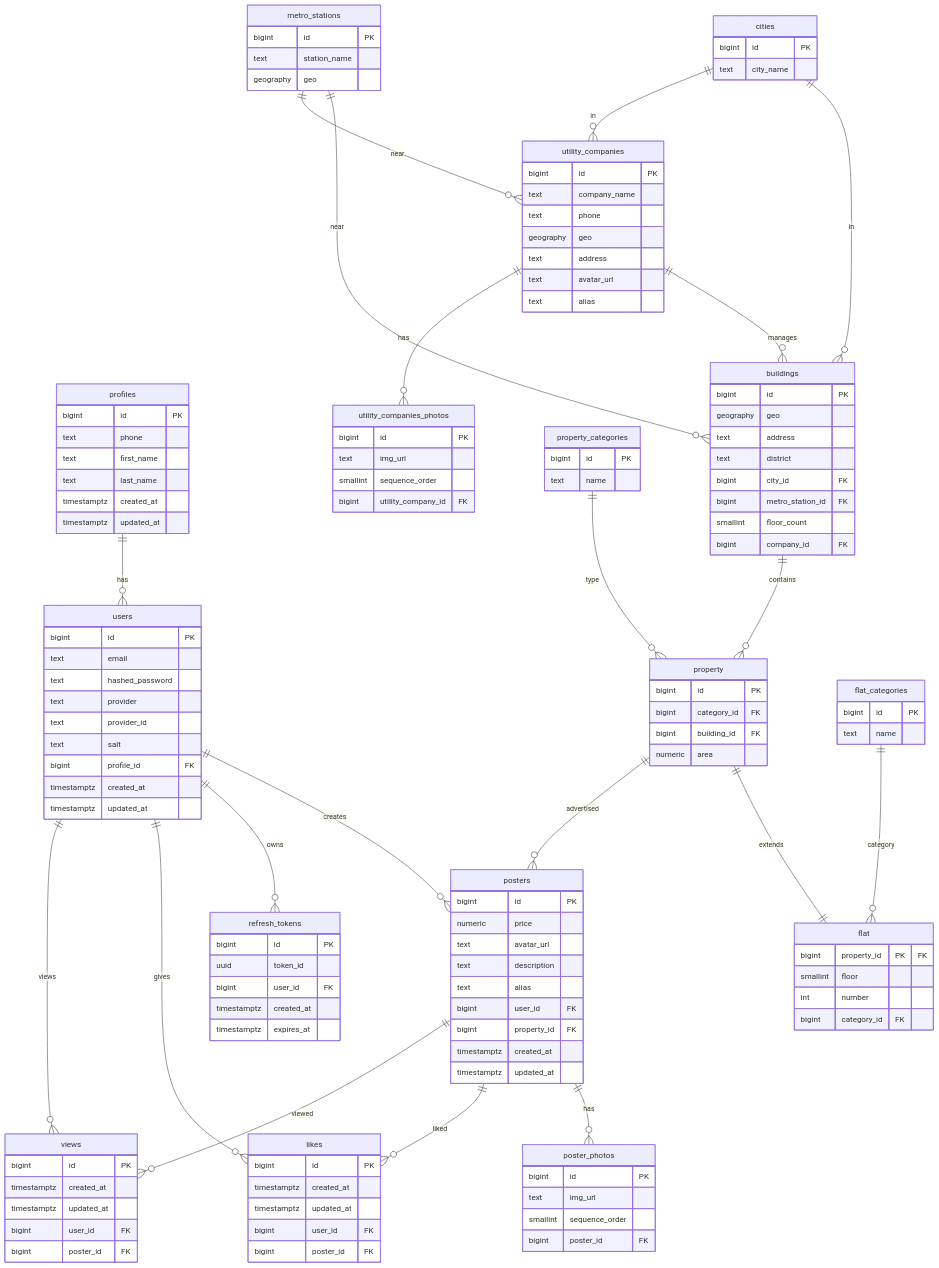
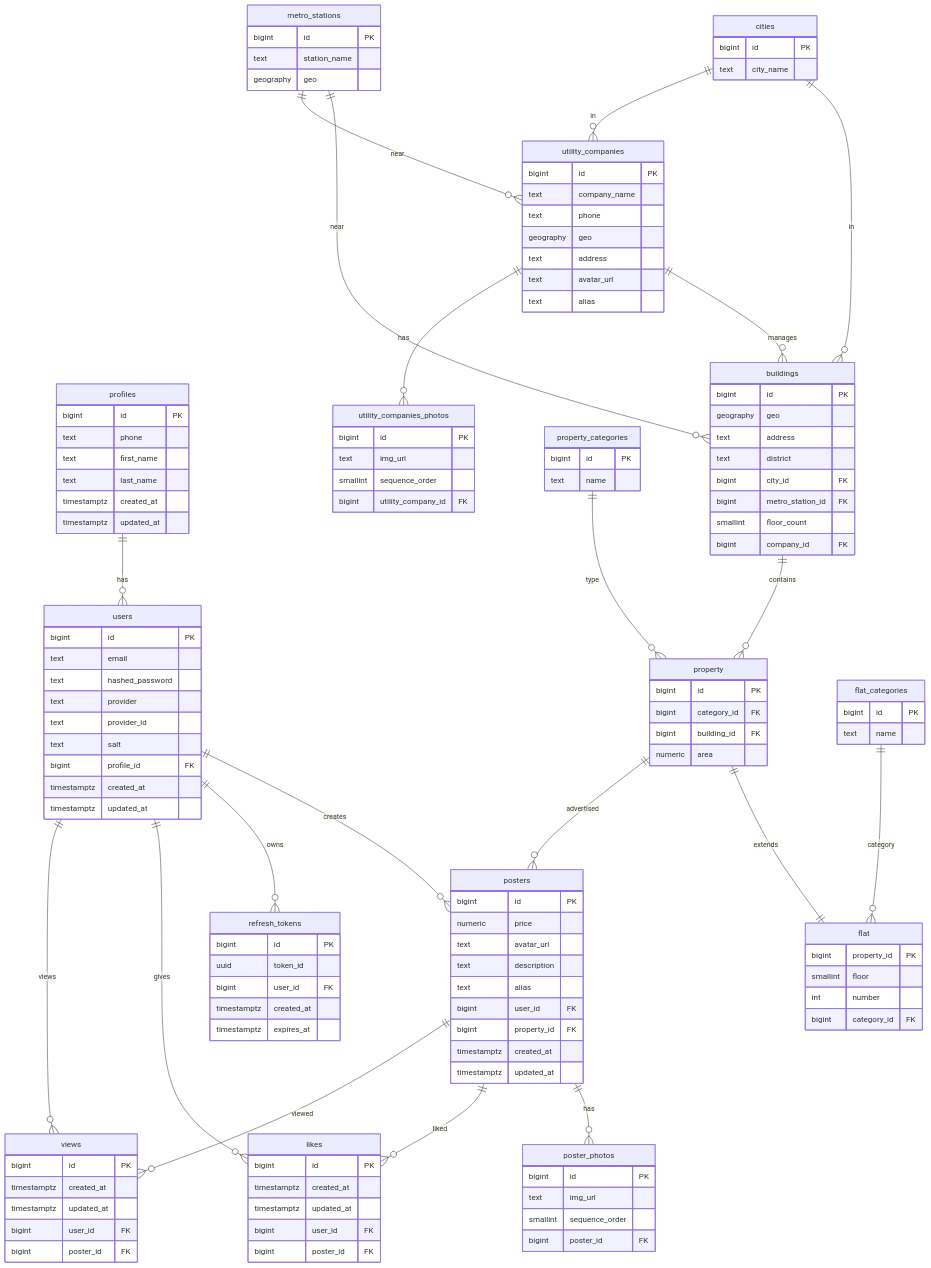
The diagram in db/normalized/relations.md (go-park-mail-ru/2026_1_TheBugs), drawn with Mermaid before and after one commit.

```diff
--- a/db/normalized/relations.md
+++ b/db/normalized/relations.md
@@ -297,7 +297,7 @@
     }
     
     flat {
-        bigint property_id PK "FK"
+        bigint property_id PK
         smallint floor
         int number
         bigint category_id FK
@@ -345,9 +345,8 @@
         bigint poster_id FK
     }
 
-    %% Связи
     profiles ||--o{ users : "has"
-    users ||--o{ posters : "creates" 
+    users ||--o{ posters : "creates"
     users ||--o{ refresh_tokens : "owns"
     users ||--o{ likes : "gives"
     users ||--o{ views : "views"
```
